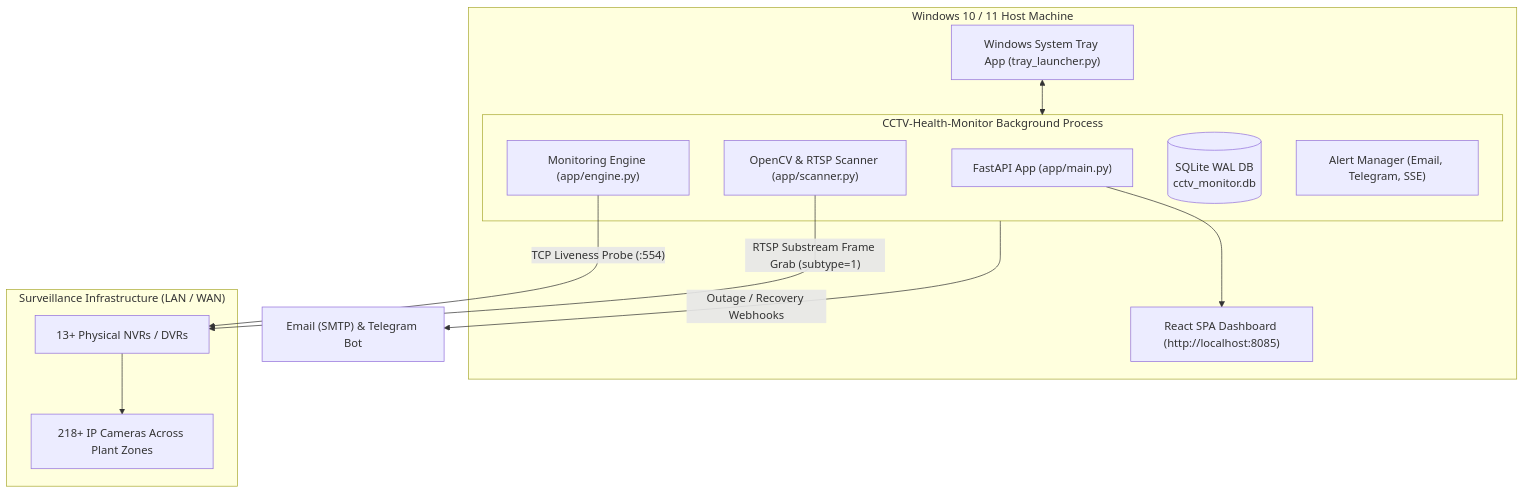
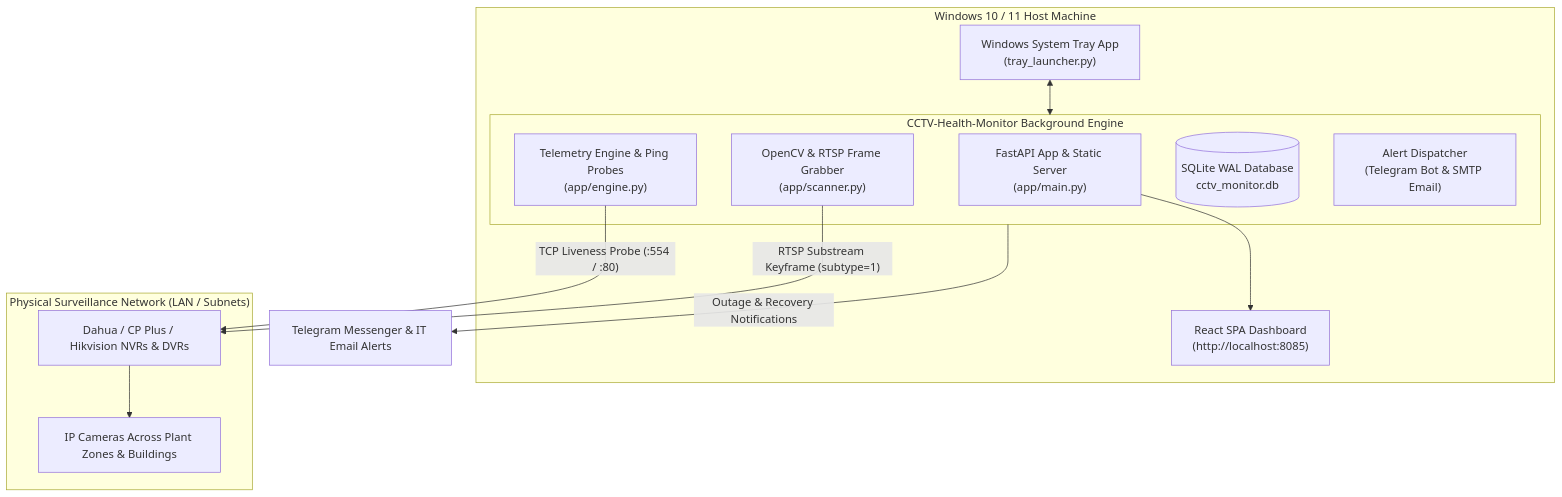
One commit to lalitmahajn/CCTV-Health-Monitor changed the first of 2 diagrams in README.md. Above: the diagram before and after it, drawn with Mermaid. The commit also changed other lines of this file, not shown here.

Commit message:
docs: Comprehensive overhaul of README with architecture, guides, and badges

````diff
--- a/README.md
+++ b/README.md
@@ -46,25 +68,25 @@
 ```mermaid
 flowchart TD
     subgraph HostPC ["Windows 10 / 11 Host Machine"]
-        Tray["Windows System Tray App (tray_launcher.py)"]
+        Tray["Windows System Tray App\n(tray_launcher.py)"]
         
-        subgraph CoreProcess ["CCTV-Health-Monitor Background Process"]
-            FastAPI["FastAPI App (app/main.py)"]
-            Engine["Monitoring Engine (app/engine.py)"]
-            Scanner["OpenCV & RTSP Scanner (app/scanner.py)"]
-            DB[(SQLite WAL DB\ncctv_monitor.db)]
-            Alerts["Alert Manager (Email, Telegram, SSE)"]
+        subgraph CoreProcess ["CCTV-Health-Monitor Background Engine"]
+            FastAPI["FastAPI App & Static Server\n(app/main.py)"]
+            Engine["Telemetry Engine & Ping Probes\n(app/engine.py)"]
+            Scanner["OpenCV & RTSP Frame Grabber\n(app/scanner.py)"]
+            DB[(SQLite WAL Database\ncctv_monitor.db)]
+            Alerts["Alert Dispatcher\n(Telegram Bot & SMTP Email)"]
         end
 
         Tray <--> CoreProcess
-        FastAPI --> WebUI["React SPA Dashboard (http://localhost:8085)"]
+        FastAPI --> WebUI["React SPA Dashboard\n(http://localhost:8085)"]
     end
 
-    subgraph PhysicalPlant ["Surveillance Infrastructure (LAN / WAN)"]
-        Engine -- "TCP Liveness Probe (:554)" --> NVRs["13+ Physical NVRs / DVRs"]
-        Scanner -- "RTSP Substream Frame Grab (subtype=1)" --> NVRs
-        NVRs --> Cameras["218+ IP Cameras Across Plant Zones"]
+    subgraph SurveillanceLAN ["Physical Surveillance Network (LAN / Subnets)"]
+        Engine -- "TCP Liveness Probe (:554 / :80)" --> NVRs["Dahua / CP Plus / Hikvision NVRs & DVRs"]
+        Scanner -- "RTSP Substream Keyframe (subtype=1)" --> NVRs
+        NVRs --> Cameras["IP Cameras Across Plant Zones & Buildings"]
     end
 
-    CoreProcess -- "Outage / Recovery Webhooks" --> Dispatchers["Email (SMTP) & Telegram Bot"]
+    CoreProcess -- "Outage & Recovery Notifications" --> ExternalNotifs["Telegram Messenger & IT Email Alerts"]
 ```
````
